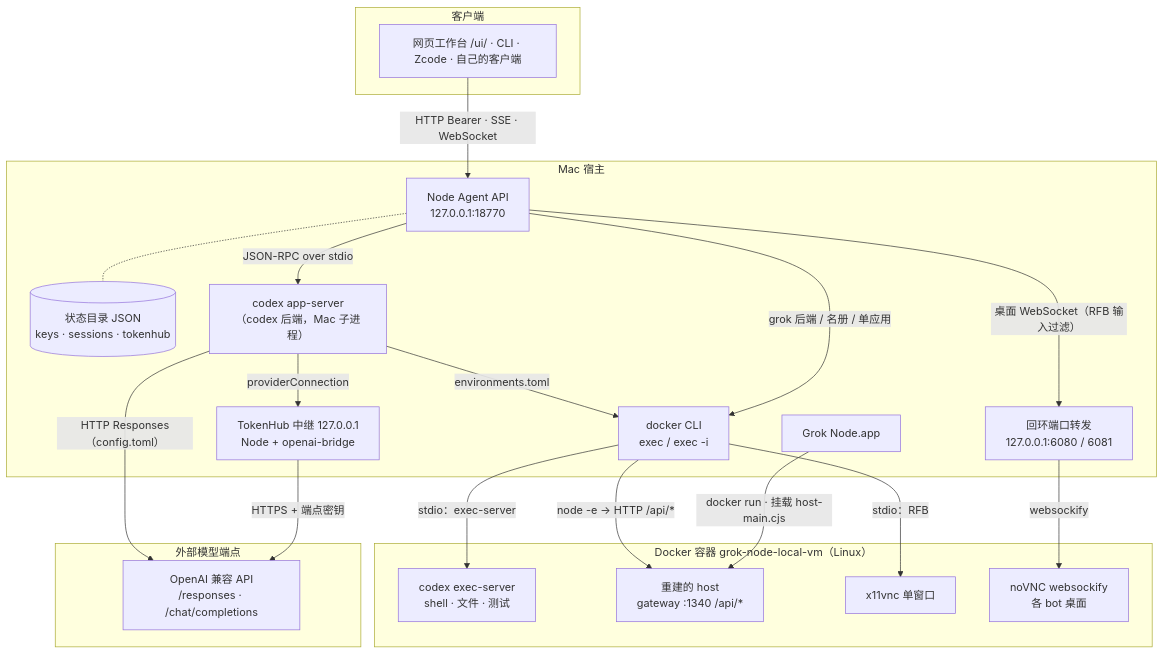
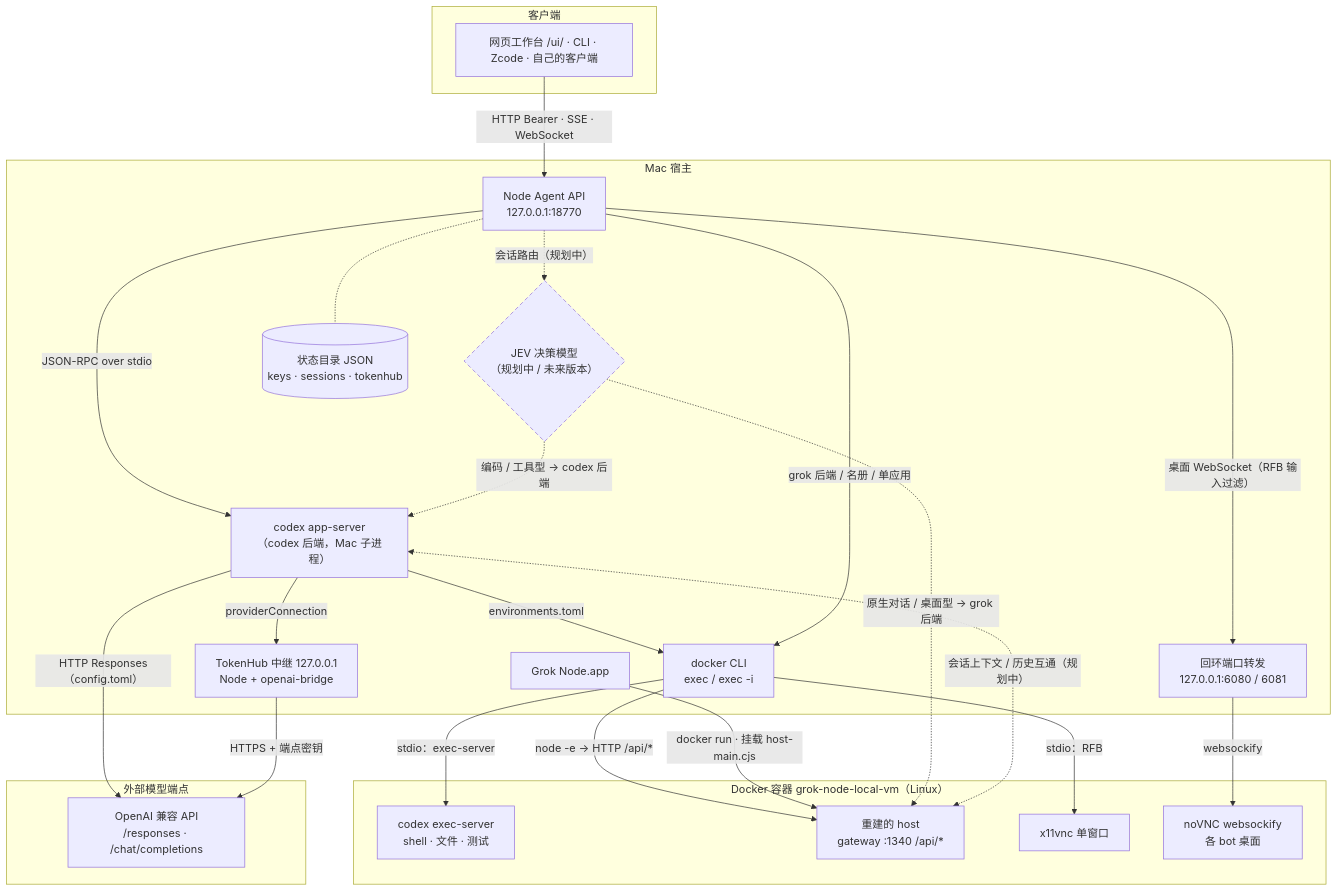
Before and after one commit to tyonger-stack/GrokNode: the second of 2 diagrams in README.md, drawn with Mermaid. The commit also changed other lines of this file, not shown here.

Commit message:
docs: mark planned JEV routing and cross-backend session sync in architecture diagram

````diff
--- a/README.md
+++ b/README.md
@@ -253,44 +253,53 @@
 ```mermaid
 flowchart TB
   %% #14（已合并）：Codex provider 为 openai_compat、未配置不连默认代理；TokenHub 中继用 Node + openai-bridge.mjs，不再需要 bun / opencodex
   subgraph CL["客户端"]
     Client["网页工作台 /ui/ · CLI · Zcode · 自己的客户端"]
   end
 
   subgraph MAC["Mac 宿主"]
     API["Node Agent API<br/>127.0.0.1:18770"]
+    JEV{"JEV 决策模型<br/>（规划中 / 未来版本）"}
     App["Grok Node.app"]
     State[("状态目录 JSON<br/>keys · sessions · tokenhub")]
     Harness["codex app-server<br/>（codex 后端，Mac 子进程）"]
     Docker["docker CLI<br/>exec / exec -i"]
     Ports["回环端口转发<br/>127.0.0.1:6080 / 6081"]
     Relay["TokenHub 中继 127.0.0.1<br/>Node + openai-bridge"]
   end
 
   subgraph BOX["Docker 容器 grok-node-local-vm（Linux）"]
     Exec["codex exec-server<br/>shell · 文件 · 测试"]
     Host["重建的 host<br/>gateway :1340 /api/*"]
     Win["x11vnc 单窗口"]
     VNC["noVNC websockify<br/>各 bot 桌面"]
   end
 
   subgraph EXT["外部模型端点"]
     LLM["OpenAI 兼容 API<br/>/responses · /chat/completions"]
   end
 
   Client -->|"HTTP Bearer · SSE · WebSocket"| API
   API -.- State
   API -->|"JSON-RPC over stdio"| Harness
   Harness -->|"environments.toml"| Docker
   API -->|"grok 后端 / 名册 / 单应用"| Docker
   API -->|"桌面 WebSocket（RFB 输入过滤）"| Ports
   Harness -->|"providerConnection"| Relay
 
   Docker -->|"stdio：exec-server"| Exec
   Docker -->|"node -e → HTTP /api/*"| Host
   Docker -->|"stdio：RFB"| Win
   Ports -->|"websockify"| VNC
   Harness -->|"HTTP Responses（config.toml）"| LLM
   Relay -->|"HTTPS + 端点密钥"| LLM
   App -->|"docker run · 挂载 host-main.cjs"| Host
+
+  %% 规划中 / 未来版本：以下虚线与虚框均未上线
+  API -.->|"会话路由（规划中）"| JEV
+  JEV -.->|"编码 / 工具型 → codex 后端"| Harness
+  JEV -.->|"原生对话 / 桌面型 → grok 后端"| Host
+  Harness <-.->|"会话上下文 / 历史互通（规划中）"| Host
+  classDef planned stroke-dasharray: 6 4
+  class JEV planned
 ```
````
